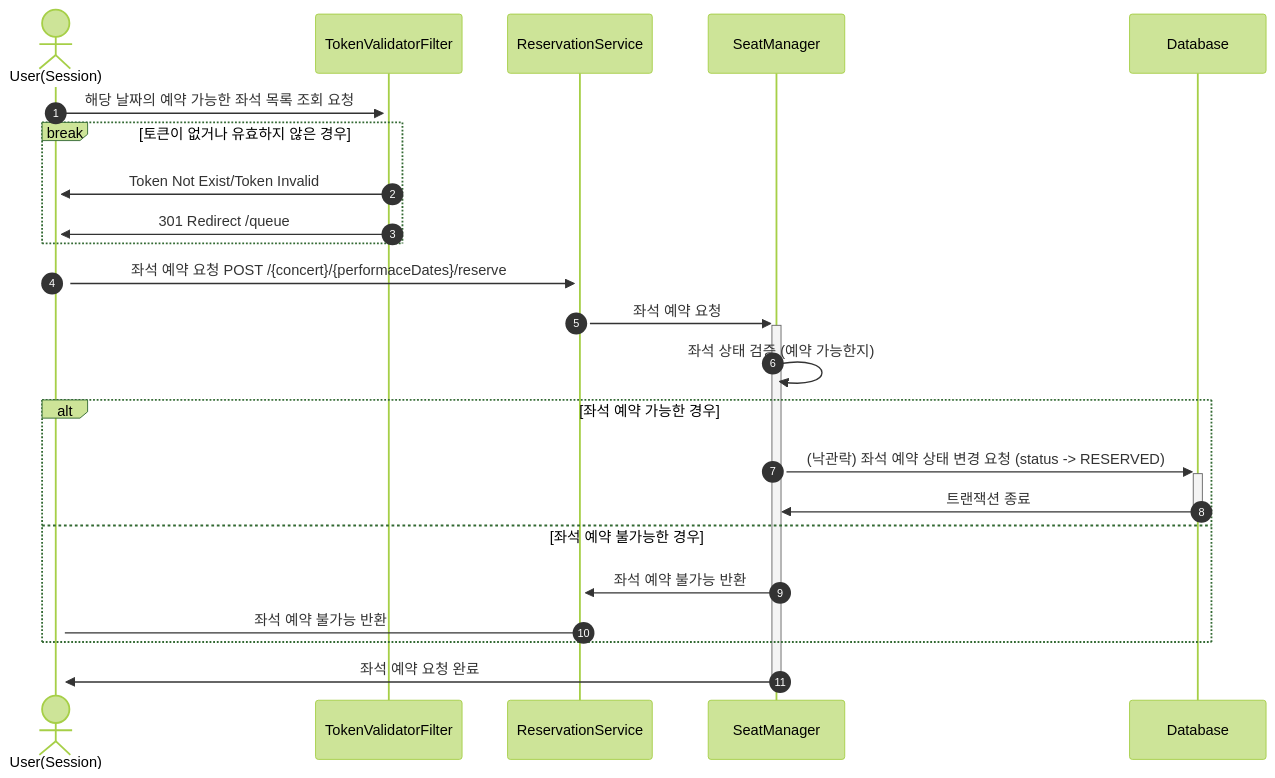
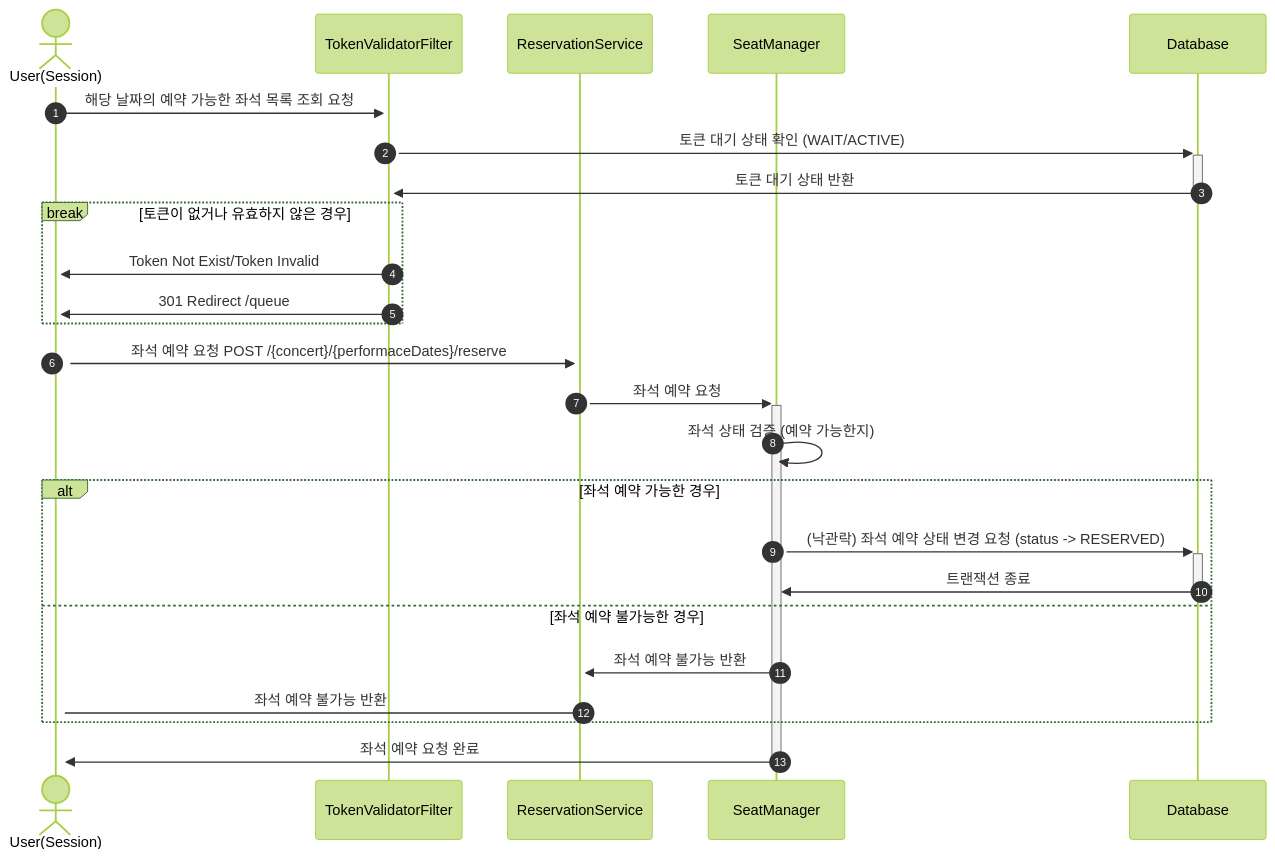
Before and after one commit to hpp-backend-15/java-concert-joonhyeokyang: the diagram in docs/sequence/3.좌석-예약-요청.md, drawn with Mermaid (forest theme). The commit also changed 2 other files, not shown here.

Commit message:
docs: 받은 토큰 검증 시퀀스 수정

````diff
--- a/docs/sequence/3.좌석-예약-요청.md
+++ b/docs/sequence/3.좌석-예약-요청.md
@@ -7,26 +7,28 @@
 ```mermaid
 sequenceDiagram
     autonumber
     actor u as User(Session)
     participant tvf as TokenValidatorFilter
     participant rs as ReservationService
     participant sm as SeatManager
     participant db as Database
     u ->>+ tvf: 해당 날짜의 예약 가능한 좌석 목록 조회 요청
+    tvf ->>+ db: 토큰 대기 상태 확인 (WAIT/ACTIVE)
+    db ->>- tvf: 토큰 대기 상태 반환
     break 토큰이 없거나 유효하지 않은 경우
         tvf ->>+ u: Token Not Exist/Token Invalid
         tvf ->>+ u: 301 Redirect /queue
     end
 
     u ->>+ rs: 좌석 예약 요청 POST /{concert}/{performaceDates}/reserve
     rs ->>+ sm: 좌석 예약 요청
     sm ->> sm: 좌석 상태 검증 (예약 가능한지)
     alt 좌석 예약 가능한 경우
         sm ->>+ db: (낙관락) 좌석 예약 상태 변경 요청 (status -> RESERVED)
         db ->>- sm: 트랜잭션 종료
     else 좌석 예약 불가능한 경우
         sm ->> rs: 좌석 예약 불가능 반환
         rs -> u: 좌석 예약 불가능 반환
     end
     sm ->>- u: 좌석 예약 요청 완료
 ```
````
